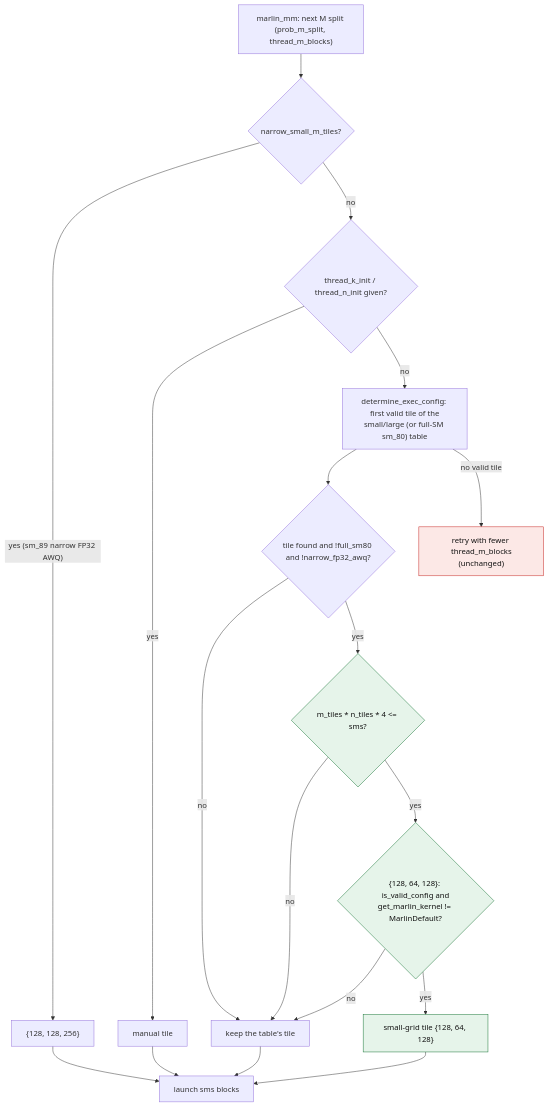
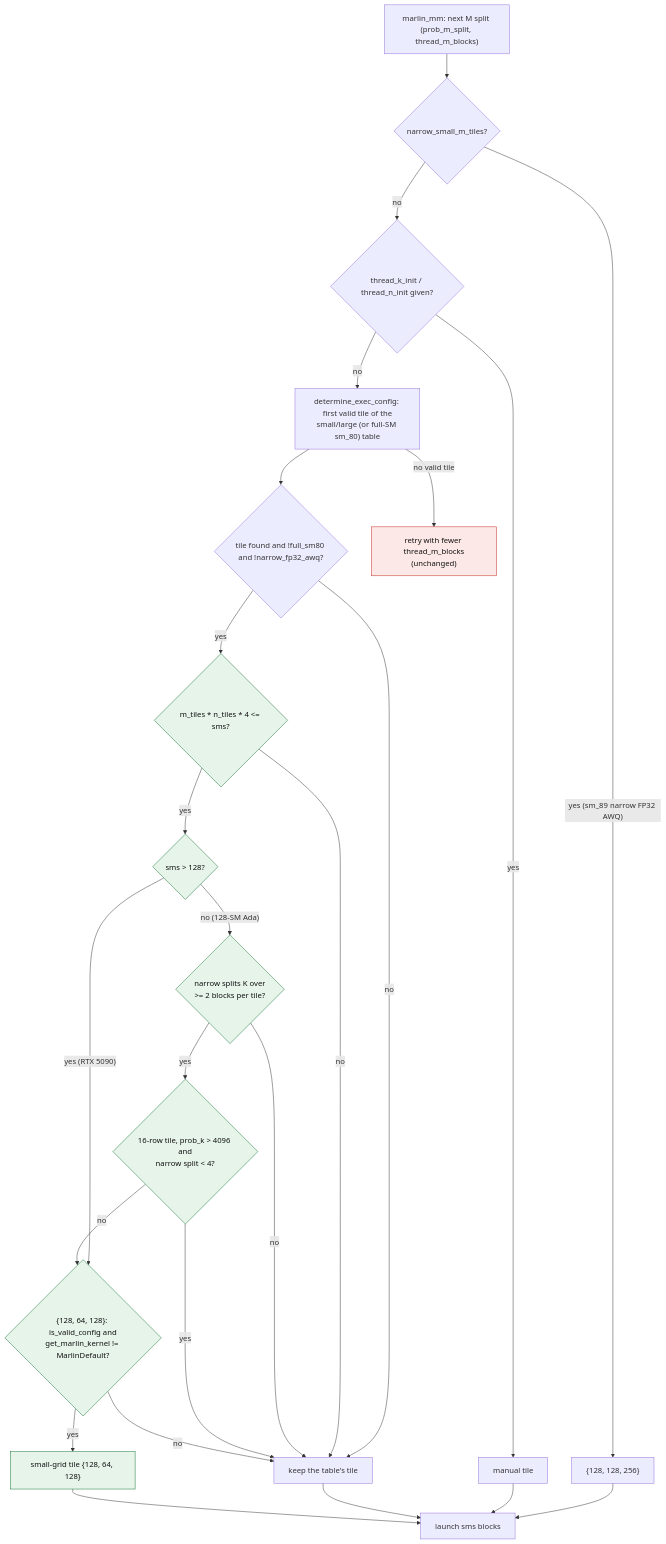
One commit to ModelCloud/GPTQModel changed the diagram in docs/marlin-tile-schedule.md. Above: the diagram before and after it, drawn with Mermaid. The commit also changed other lines of this file and 6 other files, not shown here.

````diff
--- a/docs/marlin-tile-schedule.md
+++ b/docs/marlin-tile-schedule.md
@@ -19,25 +19,31 @@
 ```mermaid
 flowchart TD
     A["marlin_mm: next M split (prob_m_split, thread_m_blocks)"] --> B{"narrow_small_m_tiles?"}
     B -- "yes (sm_89 narrow FP32 AWQ)" --> B1["{128, 128, 256}"]
     B -- "no" --> C{"thread_k_init / thread_n_init given?"}
     C -- "yes" --> C1["manual tile"]
     C -- "no" --> D["determine_exec_config: first valid tile of the\nsmall/large (or full-SM sm_80) table"]
     D --> E{"tile found and !full_sm80 and !narrow_fp32_awq?"}
     E -- "no" --> F["keep the table's tile"]
     E -- "yes" --> G{"m_tiles * n_tiles * 4 <= sms?"}
     G -- "no" --> F
-    G -- "yes" --> H{"{128, 64, 128}: is_valid_config and\nget_marlin_kernel != MarlinDefault?"}
+    G -- "yes" --> G1{"sms > 128?"}
+    G1 -- "yes (RTX 5090)" --> H
+    G1 -- "no (128-SM Ada)" --> G2{"narrow splits K over\n>= 2 blocks per tile?"}
+    G2 -- "no" --> F
+    G2 -- "yes" --> G4{"16-row tile, prob_k > 4096 and\nnarrow split < 4?"}
+    G4 -- "yes" --> F
+    G4 -- "no" --> H{"{128, 64, 128}: is_valid_config and\nget_marlin_kernel != MarlinDefault?"}
     H -- "no" --> F
     H -- "yes" --> I["small-grid tile {128, 64, 128}"]
     D -- "no valid tile" --> X["retry with fewer thread_m_blocks\n(unchanged)"]
     B1 --> L["launch sms blocks"]
     C1 --> L
     F --> L
     I --> L
 
     classDef new fill:#e6f4ea,stroke:#137333,color:#111
     classDef fail fill:#fce8e6,stroke:#c5221f,color:#111
-    class G,H,I new
+    class G,G1,G2,G4,H,I new
     class X fail
 ```
````
